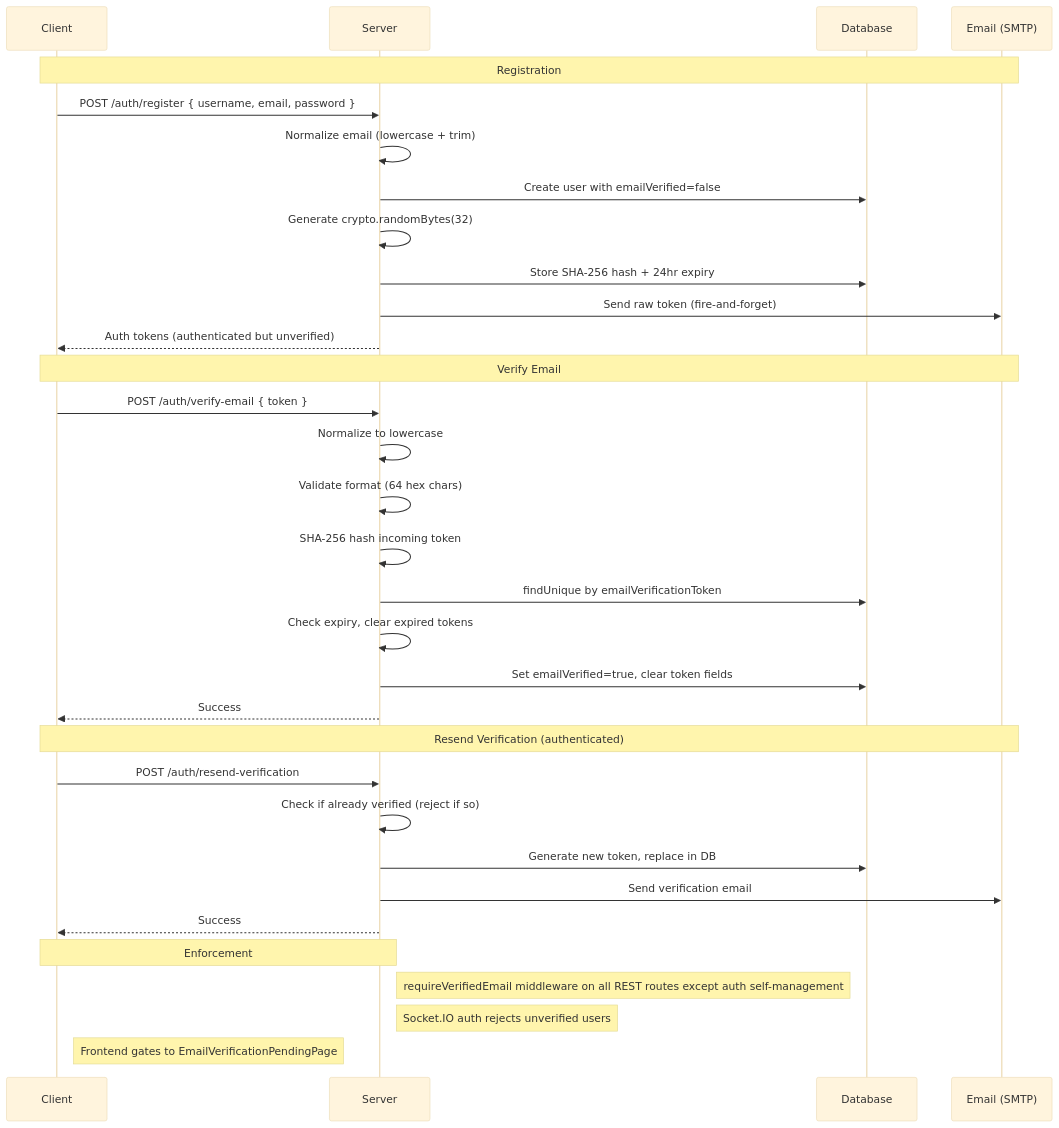
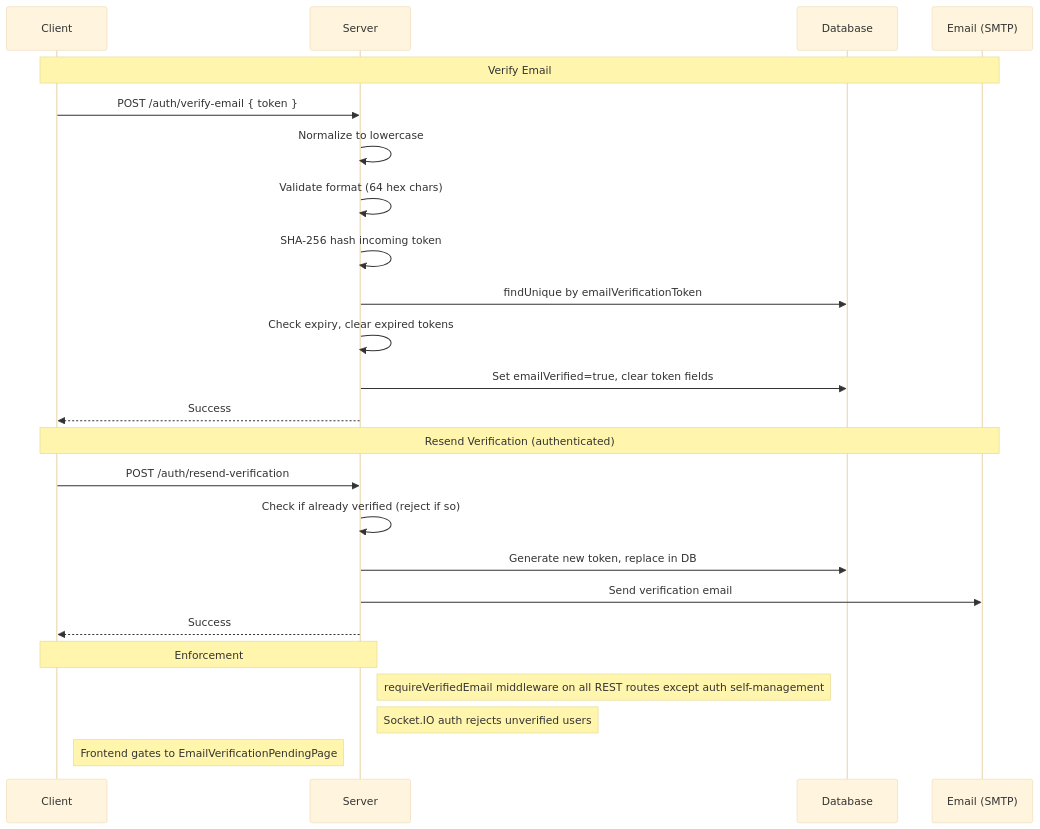
Before and after one commit to Aizen93/voxium: diagram 12 of 16 in Architecture.md, drawn with Mermaid (base theme). The commit also changed other lines of this file and 1 other file, not shown here.

First line of the commit message:
docs: describe verify-first registration in Architecture.md and the README

````diff
--- a/Architecture.md
+++ b/Architecture.md
@@ -1275,38 +1322,29 @@
 ```mermaid
 sequenceDiagram
     participant Client
     participant Server
     participant DB as Database
     participant Email as Email (SMTP)
-
-    Note over Client,Email: Registration
-    Client->>Server: POST /auth/register { username, email, password }
-    Server->>Server: Normalize email (lowercase + trim)
-    Server->>DB: Create user with emailVerified=false
-    Server->>Server: Generate crypto.randomBytes(32)
-    Server->>DB: Store SHA-256 hash + 24hr expiry
-    Server->>Email: Send raw token (fire-and-forget)
-    Server-->>Client: Auth tokens (authenticated but unverified)
 
     Note over Client,Email: Verify Email
     Client->>Server: POST /auth/verify-email { token }
     Server->>Server: Normalize to lowercase
     Server->>Server: Validate format (64 hex chars)
     Server->>Server: SHA-256 hash incoming token
     Server->>DB: findUnique by emailVerificationToken
     Server->>Server: Check expiry, clear expired tokens
     Server->>DB: Set emailVerified=true, clear token fields
     Server-->>Client: Success
 
     Note over Client,Email: Resend Verification (authenticated)
     Client->>Server: POST /auth/resend-verification
     Server->>Server: Check if already verified (reject if so)
     Server->>DB: Generate new token, replace in DB
     Server->>Email: Send verification email
     Server-->>Client: Success
 
     Note over Client,Server: Enforcement
     Note right of Server: requireVerifiedEmail middleware on all REST routes except auth self-management
     Note right of Server: Socket.IO auth rejects unverified users
     Note right of Client: Frontend gates to EmailVerificationPendingPage
 ```
````
